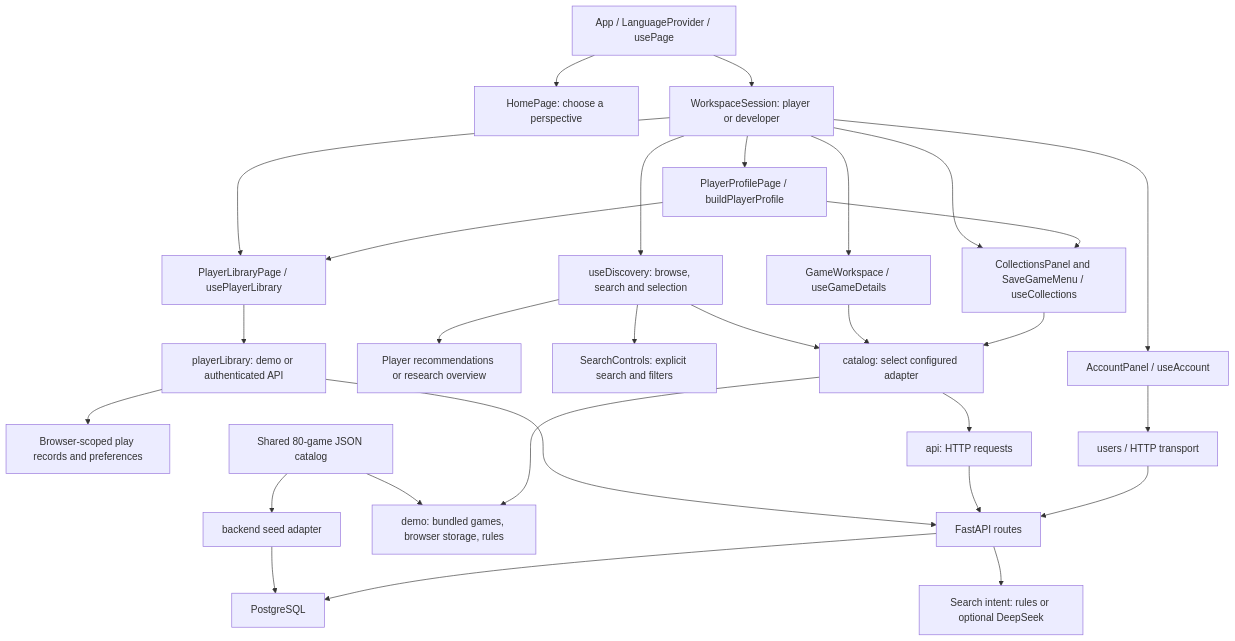
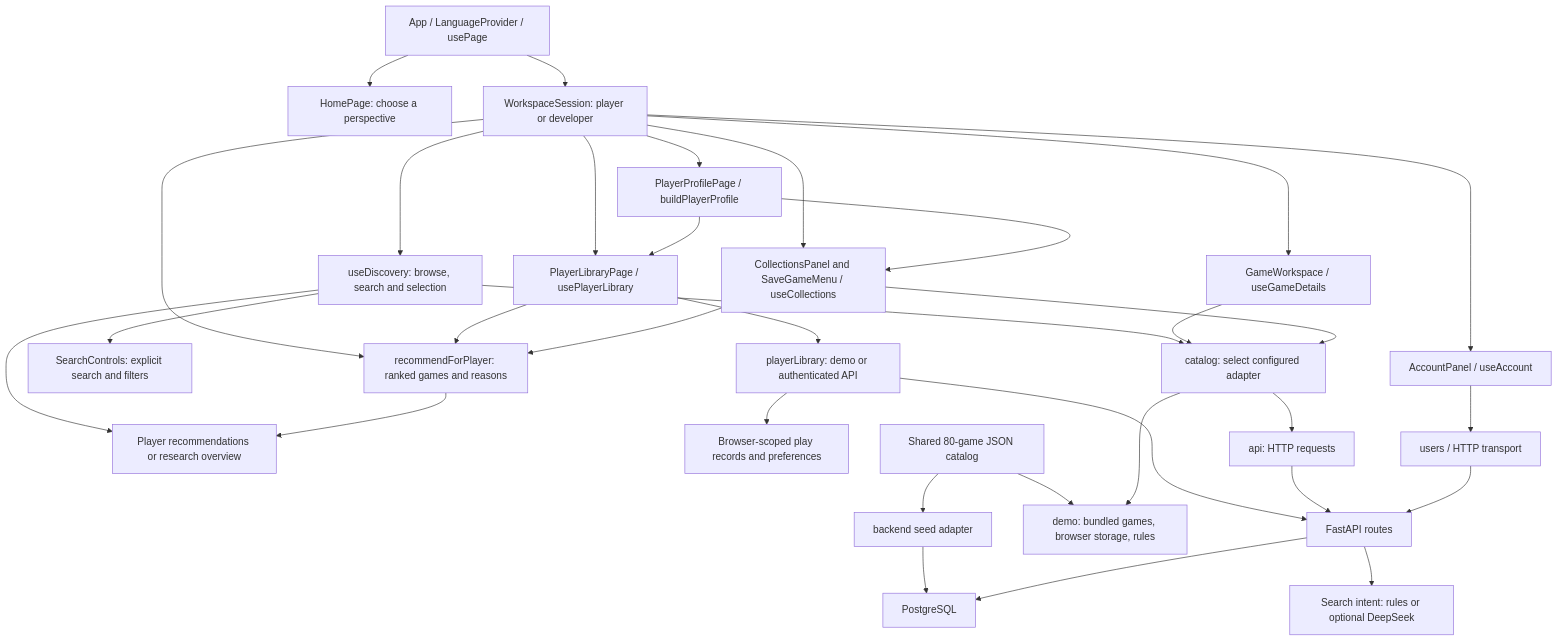
The diagram in docs/architecture.md (ZedekiahS/Game-Discovery-Lens), drawn with Mermaid before and after one commit. The commit also changed other lines of this file and 17 other files, not shown here.

Commit message:
Personalize discovery from player preferences and library evidence

````diff
--- a/docs/architecture.md
+++ b/docs/architecture.md
@@ -7,31 +7,35 @@
 ```mermaid
 flowchart TD
     App[App / LanguageProvider / usePage] --> Home[HomePage: choose a perspective]
     App --> Workspace[WorkspaceSession: player or developer]
     Workspace --> Account[AccountPanel / useAccount]
     Workspace --> Discovery[useDiscovery: browse, search and selection]
     Discovery --> Browse[Player recommendations or research overview]
     Discovery --> Search[SearchControls: explicit search and filters]
     Workspace --> Details[GameWorkspace / useGameDetails]
     Workspace --> Collections[CollectionsPanel and SaveGameMenu / useCollections]
     Workspace --> Library[PlayerLibraryPage / usePlayerLibrary]
     Workspace --> Profile[PlayerProfilePage / buildPlayerProfile]
+    Workspace --> Recommendations[recommendForPlayer: ranked games and reasons]
+    Library --> Recommendations
+    Collections --> Recommendations
+    Recommendations --> Browse
     Library --> PlayerAdapter[playerLibrary: demo or authenticated API]
     Profile --> Library
     Profile --> Collections
     PlayerAdapter --> FastAPI
     PlayerAdapter --> LocalPlayer[Browser-scoped play records and preferences]
     Account --> Users[users / HTTP transport]
     Discovery --> Catalog[catalog: select configured adapter]
     Details --> Catalog
     Collections --> Catalog
     SharedCatalog[Shared 80-game JSON catalog] --> Demo[demo: bundled games, browser storage, rules]
     SharedCatalog --> Seed[backend seed adapter]
     Seed --> Database
     Catalog --> Demo
     Catalog --> API[api: HTTP requests]
     API --> FastAPI[FastAPI routes]
     Users --> FastAPI
     FastAPI --> Database[PostgreSQL]
     FastAPI --> AI[Search intent: rules or optional DeepSeek]
 ```
````
